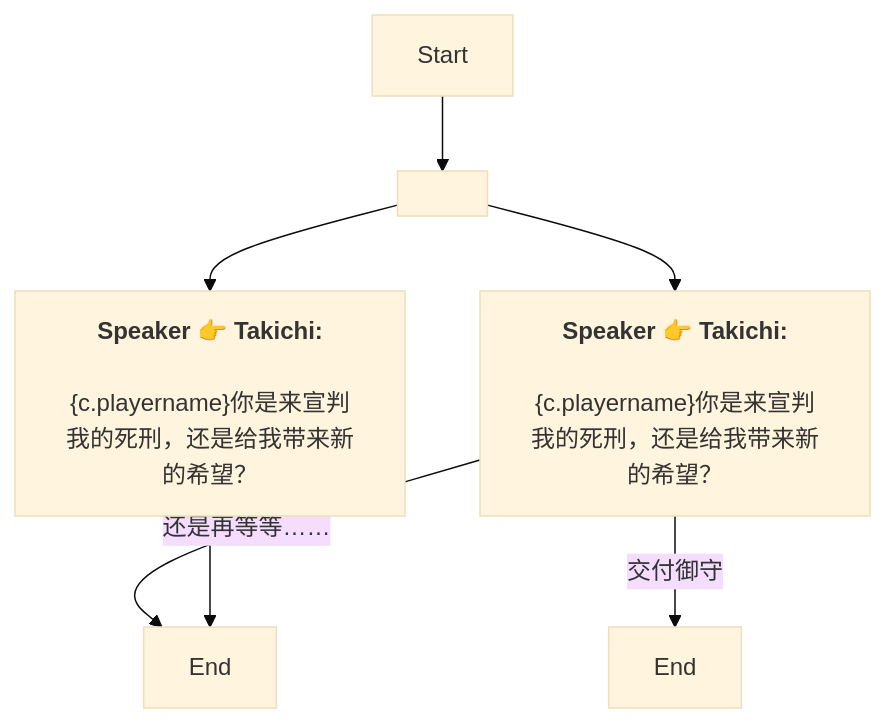
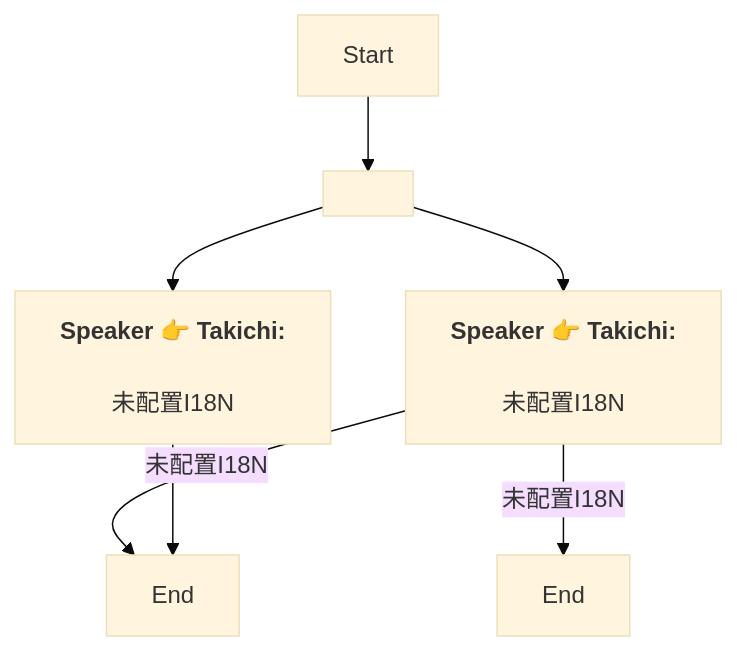
One commit to SoftHu/tos_avg changed the diagram in Zh/QuestNPCDeliveryENode_1776053243699680.md. Above: the diagram before and after it, drawn with Mermaid (base theme). The commit also changed 730 other files, not shown here.

````diff
--- a/Zh/QuestNPCDeliveryENode_1776053243699680.md
+++ b/Zh/QuestNPCDeliveryENode_1776053243699680.md
@@ -1,12 +1,12 @@
 ```mermaid
 graph
 Start -->1776053487366635[ ]
 1776053487366635 -->1776053487372794[<b>Speaker 👉 Takichi:</b>
-\n&lbrace;c.playername&rbrace;你是来宣判我的死刑，还是给我带来新的希望？]
+\n未配置I18N]
 1776053487366635 -->1776053487367660[<b>Speaker 👉 Takichi:</b>
-\n&lbrace;c.playername&rbrace;你是来宣判我的死刑，还是给我带来新的希望？]
-1776053487367660 -->|交付御守|1776053487371769[End]
-1776053487367660 -->|还是再等等……|1776053487369716[End]
+\n未配置I18N]
+1776053487367660 -->|未配置I18N|1776053487371769[End]
+1776053487367660 -->|未配置I18N|1776053487369716[End]
 1776053487372794 -->1776053487369716[End]
 
 ```
````
